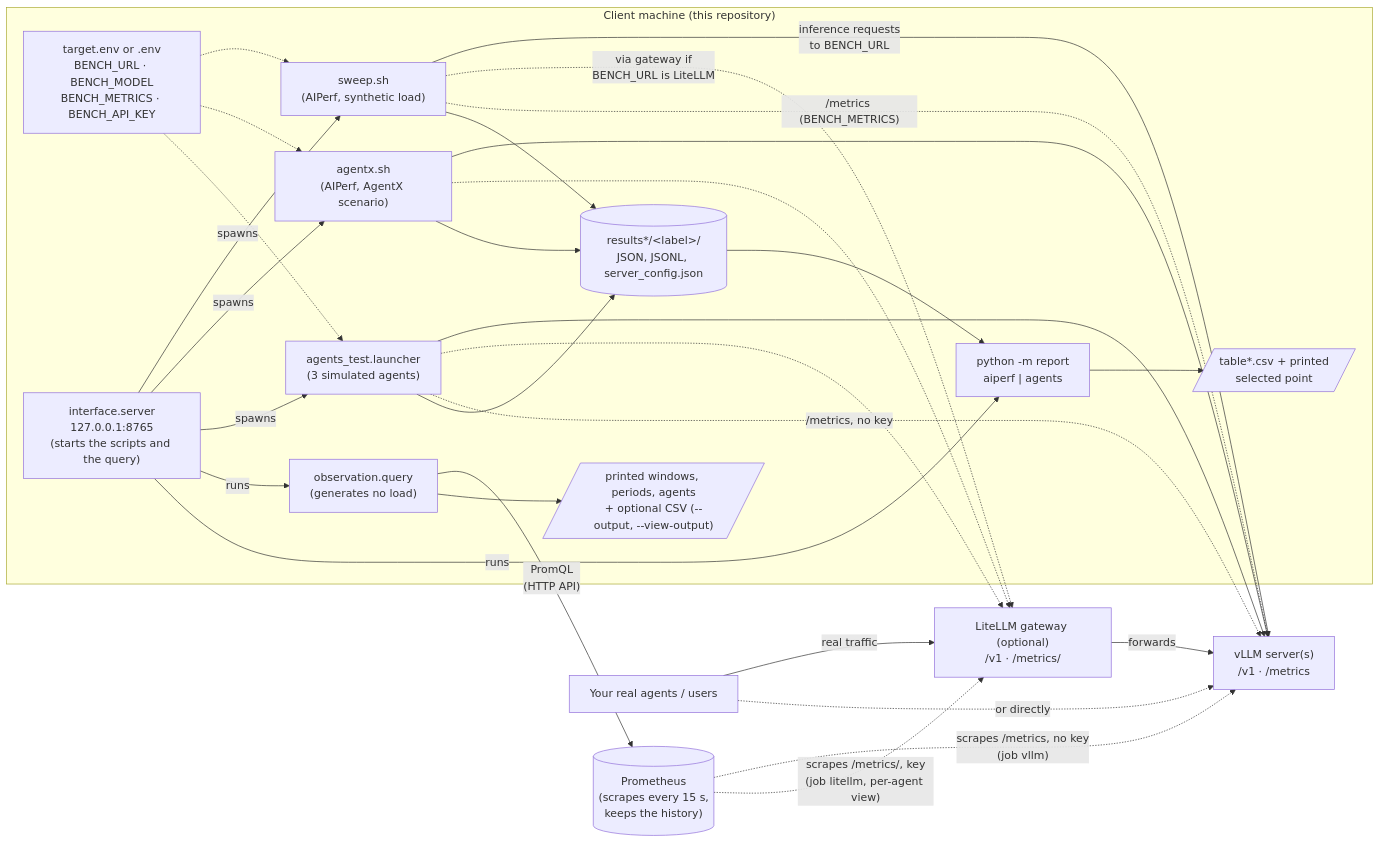
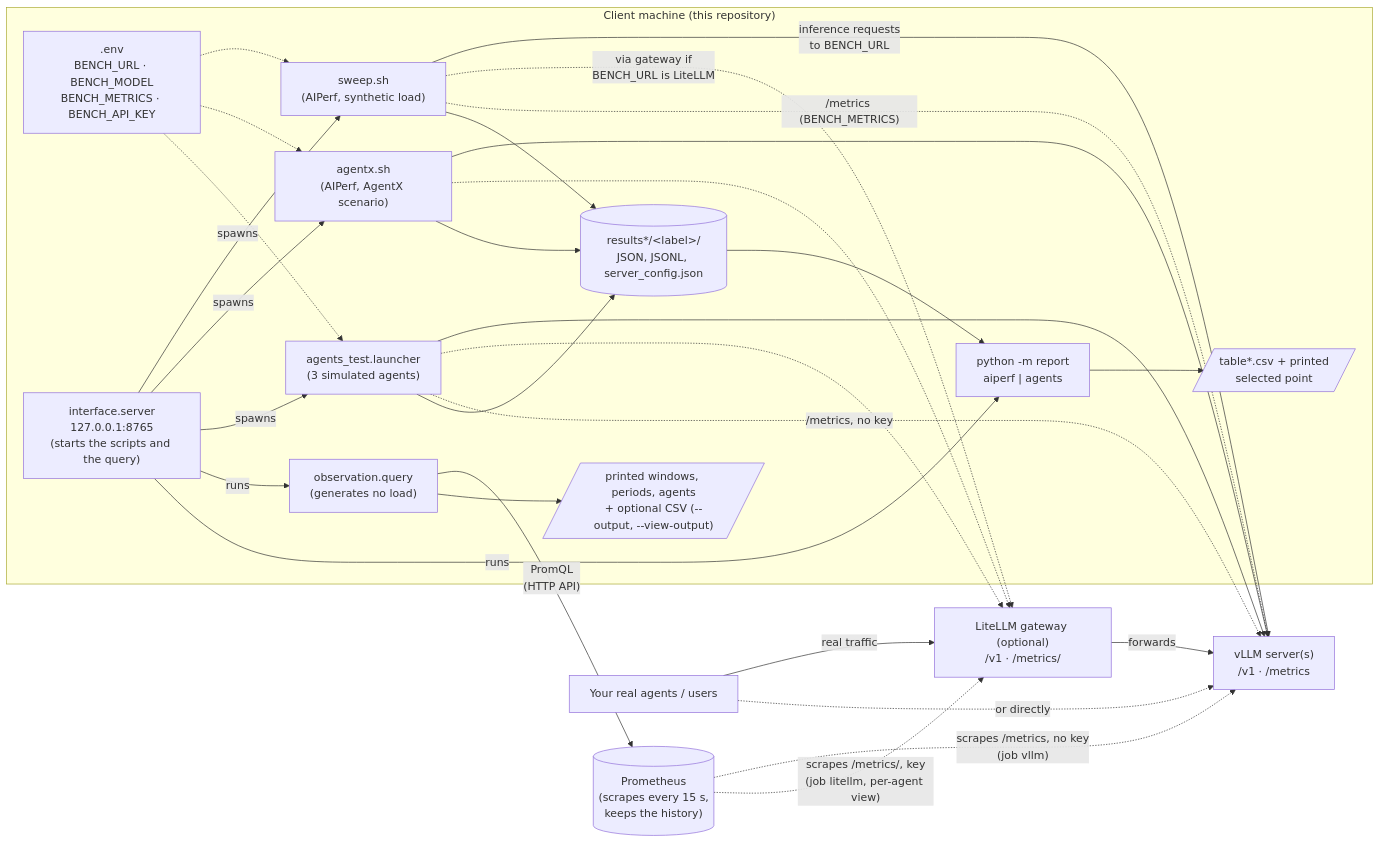
One commit to Shevehs/banc-gpu changed the diagram in README.md. Above: the diagram before and after it, drawn with Mermaid. The commit also changed other lines of this file and 10 other files, not shown here.

Commit message:
One file for both ways of running the bench: .env replaces target.env (and tools/target.env.example); it is sourced on the machine and read by Docker Compose, the interface reads it at start

````diff
--- a/README.md
+++ b/README.md
@@ -273,50 +273,50 @@
 ```mermaid
 flowchart LR
   subgraph client["Client machine (this repository)"]
-    env["target.env or .env<br/>BENCH_URL · BENCH_MODEL<br/>BENCH_METRICS · BENCH_API_KEY"]
+    env[".env<br/>BENCH_URL · BENCH_MODEL<br/>BENCH_METRICS · BENCH_API_KEY"]
     sweep["sweep.sh<br/>(AIPerf, synthetic load)"]
     agentx["agentx.sh<br/>(AIPerf, AgentX scenario)"]
     launcher["agents_test.launcher<br/>(3 simulated agents)"]
     query["observation.query<br/>(generates no load)"]
     ui["interface.server<br/>127.0.0.1:8765<br/>(starts the scripts and the query)"]
     results[("results*/&lt;label&gt;/<br/>JSON, JSONL, server_config.json")]
     report["python -m report<br/>aiperf | agents"]
     tables[/"table*.csv + printed<br/>selected point"/]
     windows[/"printed windows, periods, agents<br/>+ optional CSV (--output, --view-output)"/]
   end
   prom[("Prometheus<br/>(scrapes every 15 s,<br/>keeps the history)")]
   gw["LiteLLM gateway (optional)<br/>/v1 · /metrics/"]
   vllm["vLLM server(s)<br/>/v1 · /metrics"]
   yours["Your real agents / users"]
 
   env -.-> sweep
   env -.-> agentx
   env -.-> launcher
   ui -->|spawns| sweep
   ui -->|spawns| agentx
   ui -->|spawns| launcher
   ui -->|runs| query
   ui -->|runs| report
 
   sweep -->|"inference requests<br/>to BENCH_URL"| vllm
   agentx --> vllm
   launcher --> vllm
   sweep -.->|"via gateway if<br/>BENCH_URL is LiteLLM"| gw
   agentx -.-> gw
   launcher -.-> gw
   gw -->|forwards| vllm
   yours -->|real traffic| gw
   yours -.->|or directly| vllm
 
   sweep -. "/metrics (BENCH_METRICS)" .-> vllm
   launcher -. "/metrics, no key" .-> vllm
   prom -. "scrapes /metrics, no key<br/>(job vllm)" .-> vllm
   prom -. "scrapes /metrics/, key<br/>(job litellm, per-agent view)" .-> gw
   query -->|"PromQL<br/>(HTTP API)"| prom
   query --> windows
 
   sweep --> results
   agentx --> results
   launcher --> results
   results --> report --> tables
 ```
````
